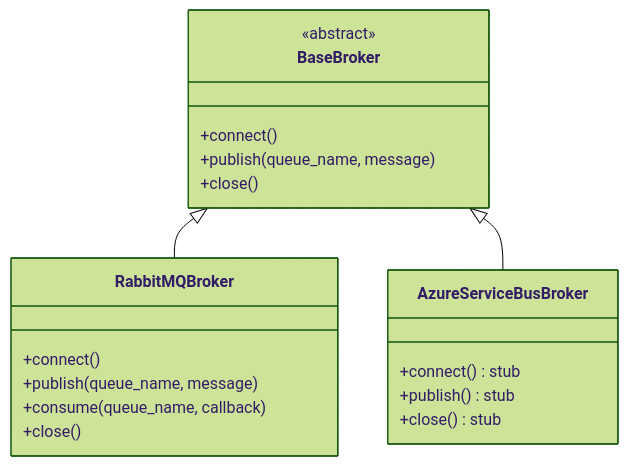
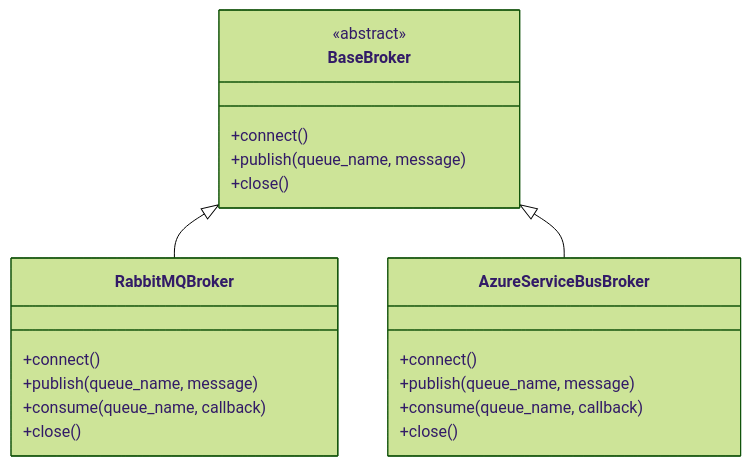
One commit to NassaQ/docs changed the fourth of 4 diagrams in docs/setup/backend.md. Above: the diagram before and after it, drawn with Mermaid (forest theme). The commit also changed other lines of this file and 9 other files, not shown here.

````diff
--- a/docs/setup/backend.md
+++ b/docs/setup/backend.md
@@ -264,25 +265,26 @@
 ```mermaid
 classDiagram
     class BaseBroker {
         <<abstract>>
         +connect()
         +publish(queue_name, message)
         +close()
     }
     
     class RabbitMQBroker {
         +connect()
         +publish(queue_name, message)
         +consume(queue_name, callback)
         +close()
     }
     
     class AzureServiceBusBroker {
-        +connect() stub
-        +publish() stub
-        +close() stub
+        +connect()
+        +publish(queue_name, message)
+        +consume(queue_name, callback)
+        +close()
     }
     
     BaseBroker <|-- RabbitMQBroker
     BaseBroker <|-- AzureServiceBusBroker
 ```
````
